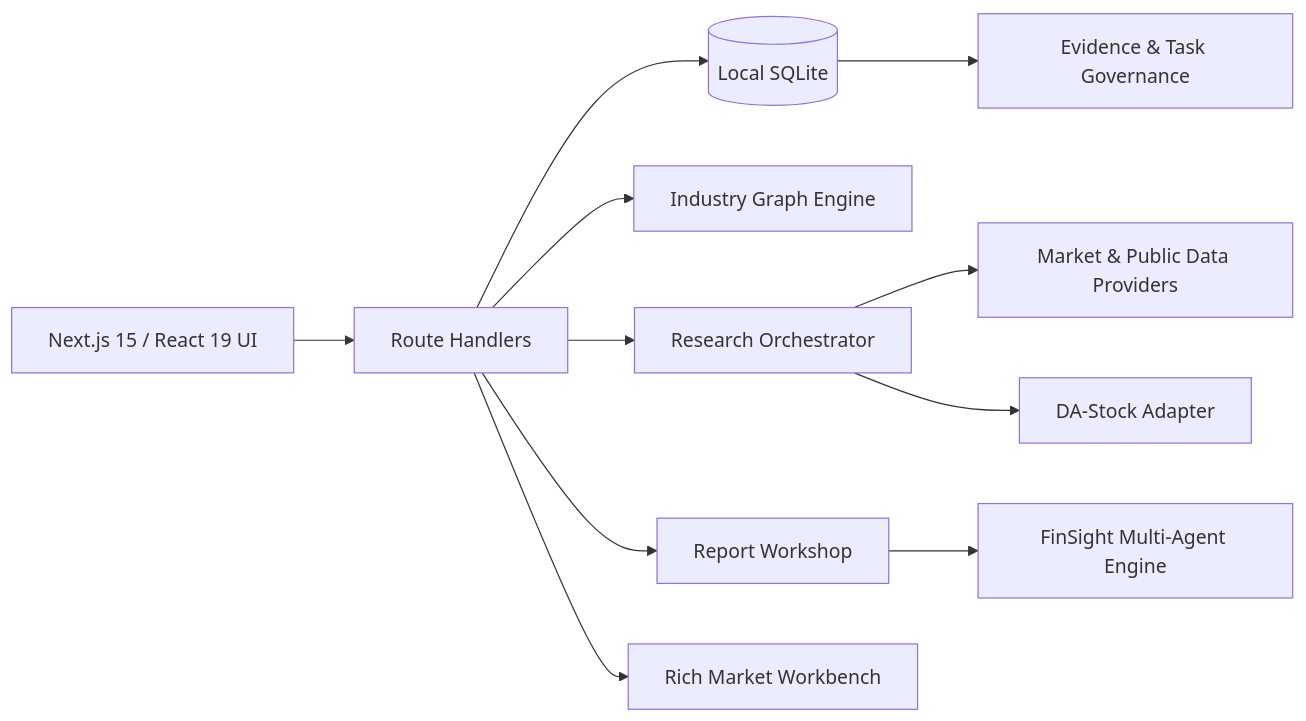
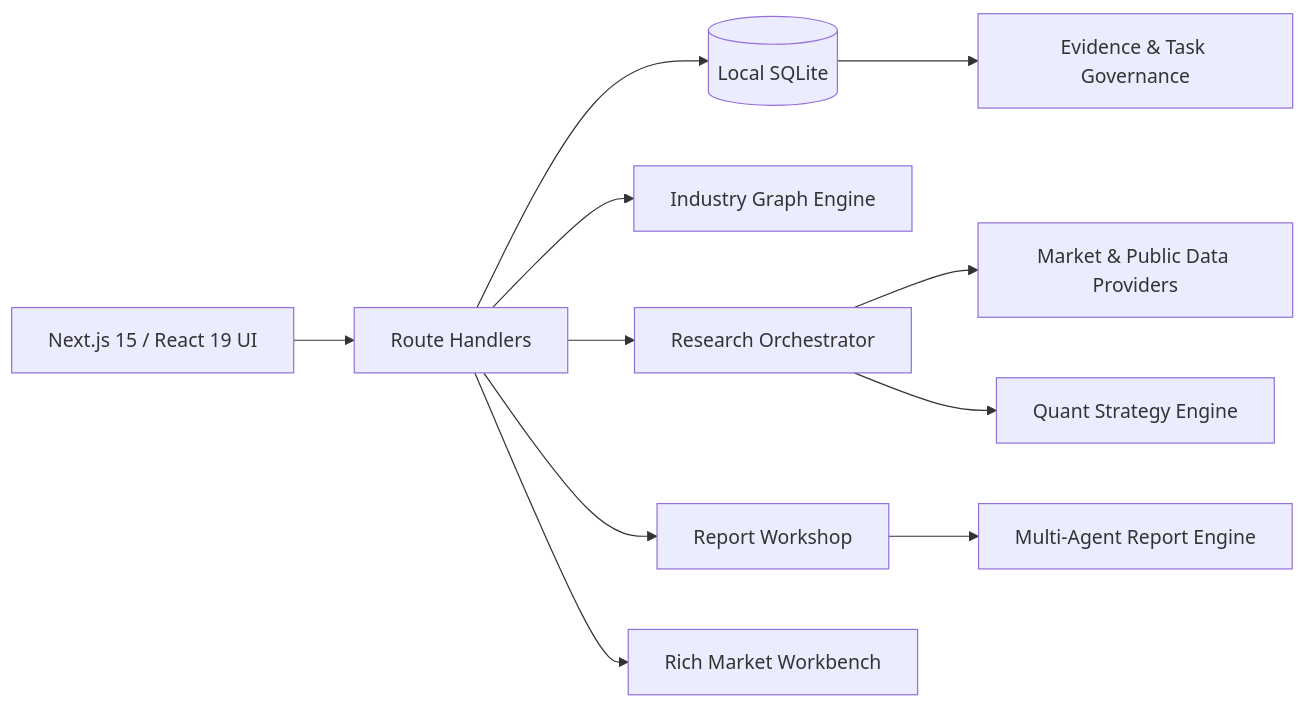
Before and after one commit to Liousesixteen/Stock-Classification: the diagram in README.md, drawn with Mermaid. The commit also changed other lines of this file and 32 other files, not shown here.

````diff
--- a/README.md
+++ b/README.md
@@ -56,13 +56,13 @@
 ```mermaid
 flowchart LR
     UI[Next.js 15 / React 19 UI] --> API[Route Handlers]
     API --> DB[(Local SQLite)]
     API --> GRAPH[Industry Graph Engine]
     API --> RESEARCH[Research Orchestrator]
     API --> REPORT[Report Workshop]
     RESEARCH --> PROVIDERS[Market & Public Data Providers]
-    RESEARCH --> DASTOCK[DA-Stock Adapter]
-    REPORT --> FINSIGHT[FinSight Multi-Agent Engine]
+    RESEARCH --> STRATEGY[Quant Strategy Engine]
+    REPORT --> DEEPREPORT[Multi-Agent Report Engine]
     API --> RICH[Rich Market Workbench]
     DB --> TASKS[Evidence & Task Governance]
 ```
````
